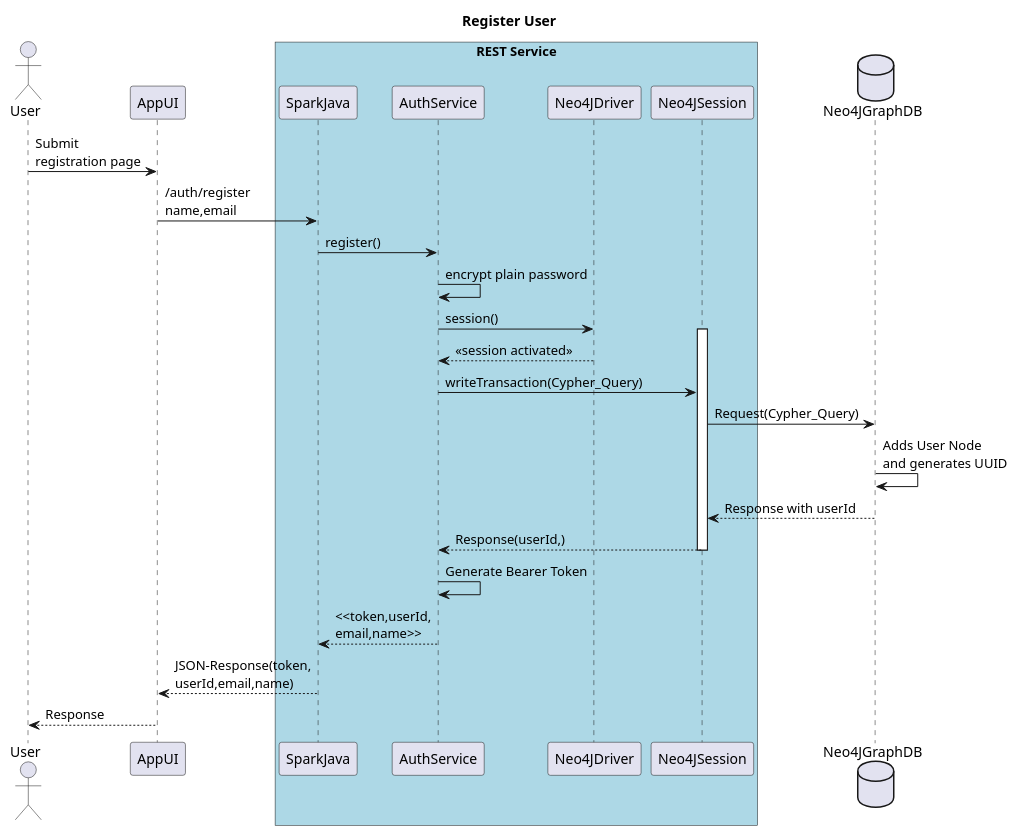
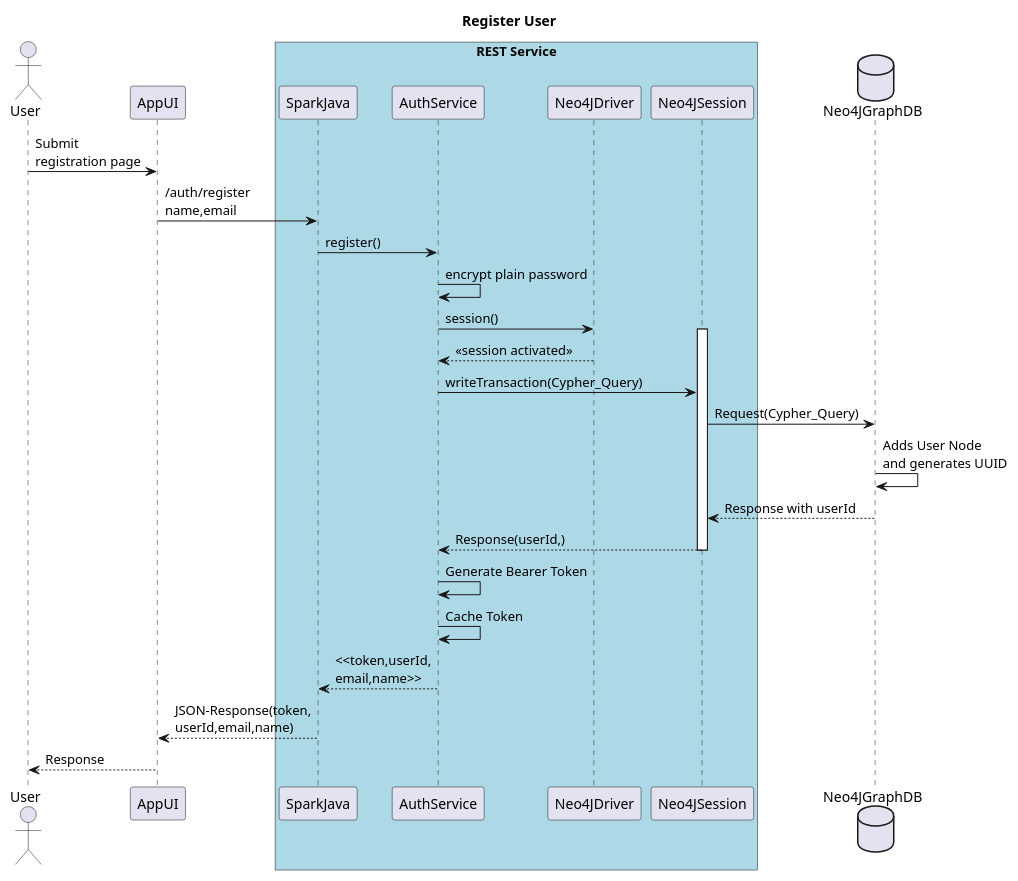
Before and after one commit to ozdemirht/study: the diagram in neo4j/java/project_1/app-java-main/docs/register-user.puml, drawn with PlantUML. The commit also changed 4 other files, not shown here.

Commit message:
updated UML Sequence diagram

```diff
--- a/neo4j/java/project_1/app-java-main/docs/register-user.puml
+++ b/neo4j/java/project_1/app-java-main/docs/register-user.puml
@@ -1,36 +1,37 @@
 @startuml
 
 title "Register User"
 
 actor User as User
 participant AppUI as AppUI
 
 box "REST Service" #LightBlue
 participant SparkJava as SparkJava
 participant AuthService as AuthService
 participant Neo4JDriver as Neo4JDriver
 participant Neo4JSession as Neo4JSession
 end box
 
 database Neo4JGraphDB as Neo4JGraphDB
 
 User -> AppUI: Submit \nregistration page
 AppUI -> SparkJava: /auth/register\nname,email
 SparkJava -> AuthService : register()
 AuthService -> AuthService : encrypt plain password
 AuthService -> Neo4JDriver : session()
 activate Neo4JSession
 Neo4JDriver-->AuthService : <<session activated>>
 
 AuthService -> Neo4JSession : writeTransaction(Cypher_Query)
 Neo4JSession -> Neo4JGraphDB: Request(Cypher_Query)
 Neo4JGraphDB -> Neo4JGraphDB: Adds User Node \nand generates UUID
 Neo4JGraphDB --> Neo4JSession: Response with userId
 Neo4JSession --> AuthService:  Response(userId,)
 deactivate Neo4JSession
 AuthService -> AuthService : Generate Bearer Token
+AuthService -> AuthService : Cache Token
 AuthService --> SparkJava : <<token,userId,\nemail,name>>
 SparkJava --> AppUI: JSON-Response(token,\nuserId,email,name)
 AppUI --> User: Response
 
 @enduml
```
